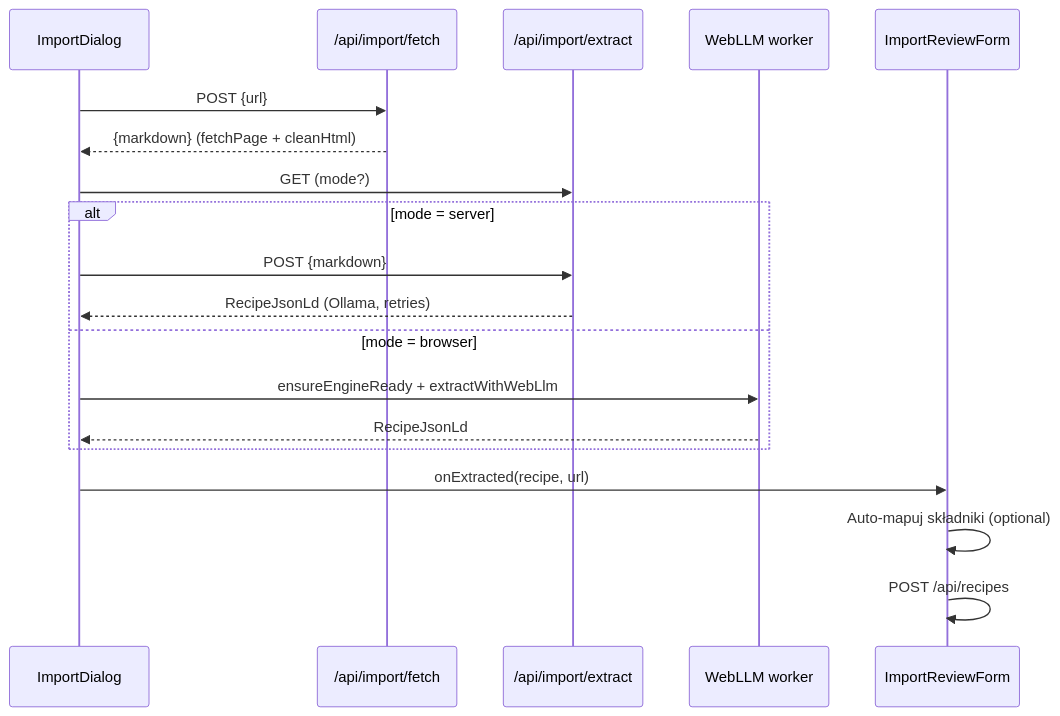
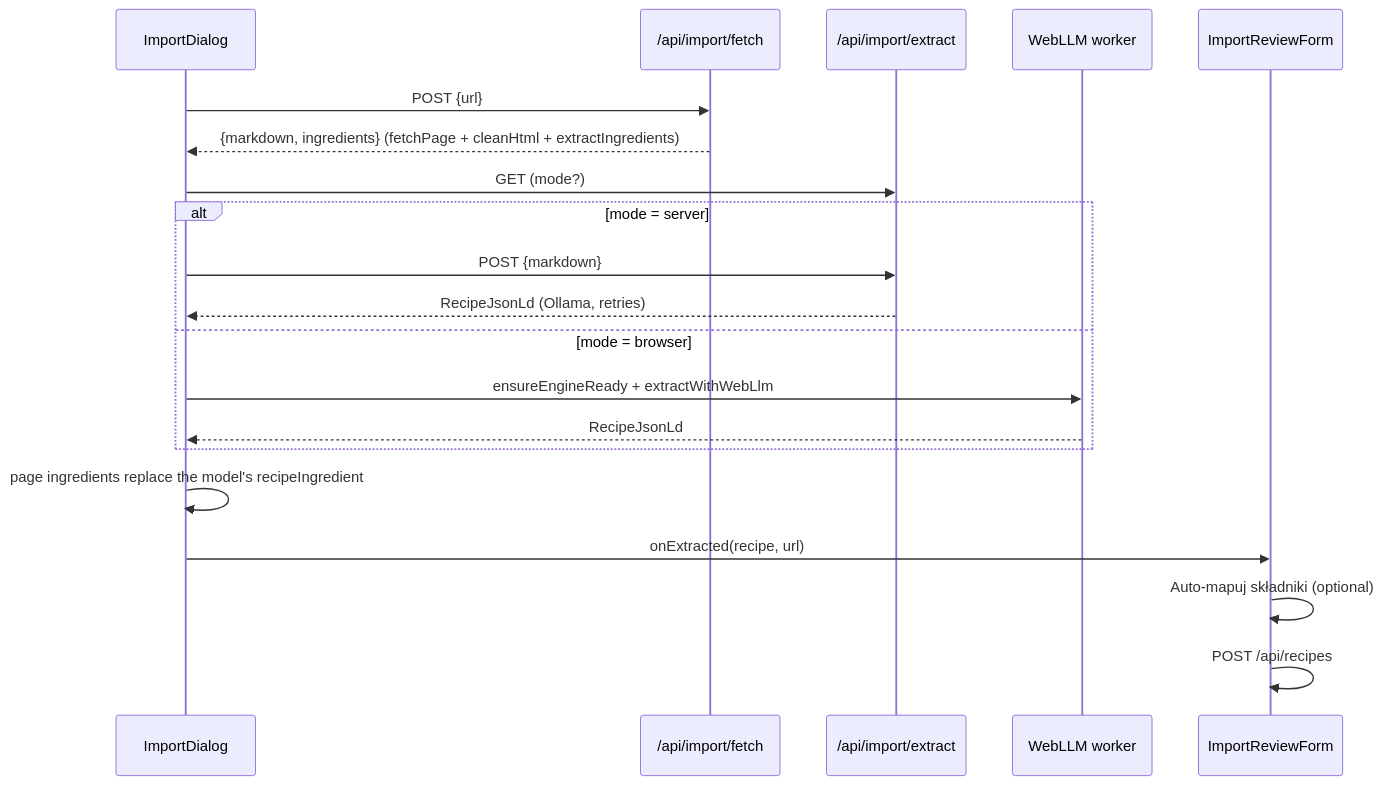
The diagram in docs/wiki/concepts/import-pipeline.md (Konstantysz/meal-planner), drawn with Mermaid before and after one commit. The commit also changed other lines of this file and 2 other files, not shown here.

First line of the commit message:
docs(wiki): ingredient bypass and parser rules

````diff
--- a/docs/wiki/concepts/import-pipeline.md
+++ b/docs/wiki/concepts/import-pipeline.md
@@ -42,21 +42,22 @@
 ```mermaid
 sequenceDiagram
   participant D as ImportDialog
   participant F as /api/import/fetch
   participant X as /api/import/extract
   participant W as WebLLM worker
   participant R as ImportReviewForm
   D->>F: POST {url}
-  F-->>D: {markdown} (fetchPage + cleanHtml)
+  F-->>D: {markdown, ingredients} (fetchPage + cleanHtml + extractIngredients)
   D->>X: GET (mode?)
   alt mode = server
     D->>X: POST {markdown}
     X-->>D: RecipeJsonLd (Ollama, retries)
   else mode = browser
     D->>W: ensureEngineReady + extractWithWebLlm
     W-->>D: RecipeJsonLd
   end
+  D->>D: page ingredients replace the model's recipeIngredient
   D->>R: onExtracted(recipe, url)
   R->>R: Auto-mapuj składniki (optional)
   R->>R: POST /api/recipes
 ```
````
